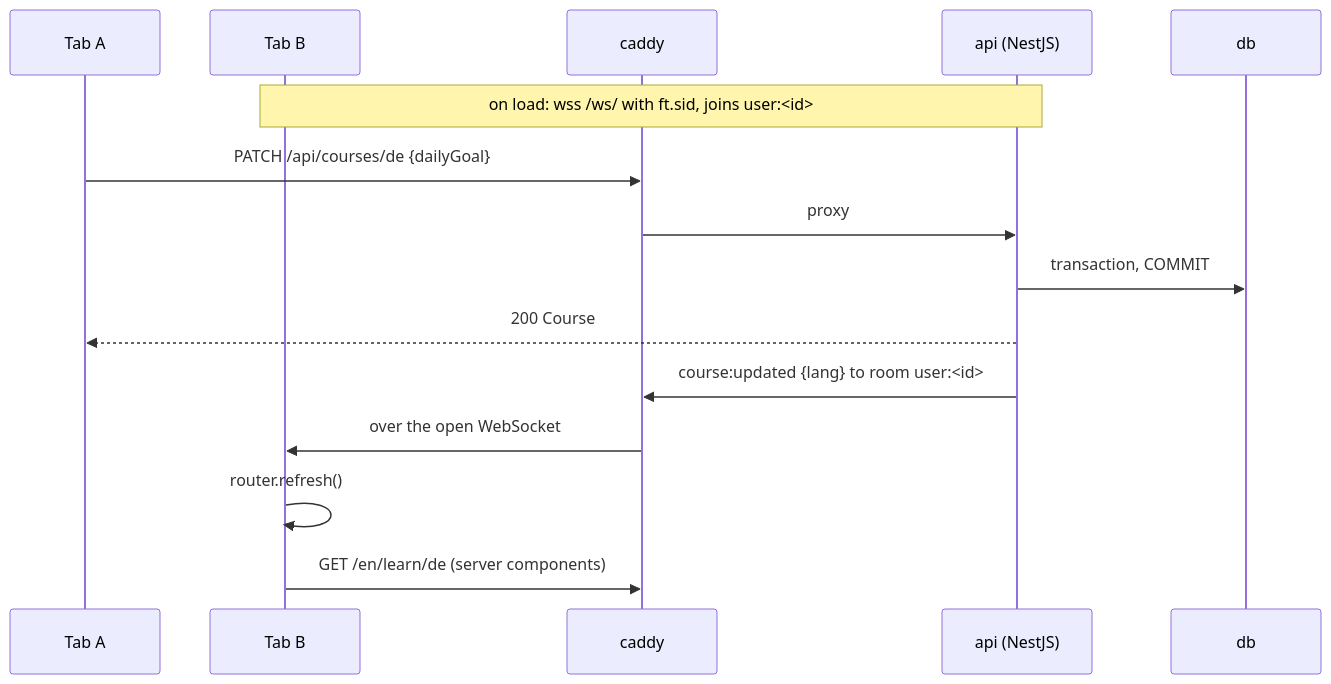
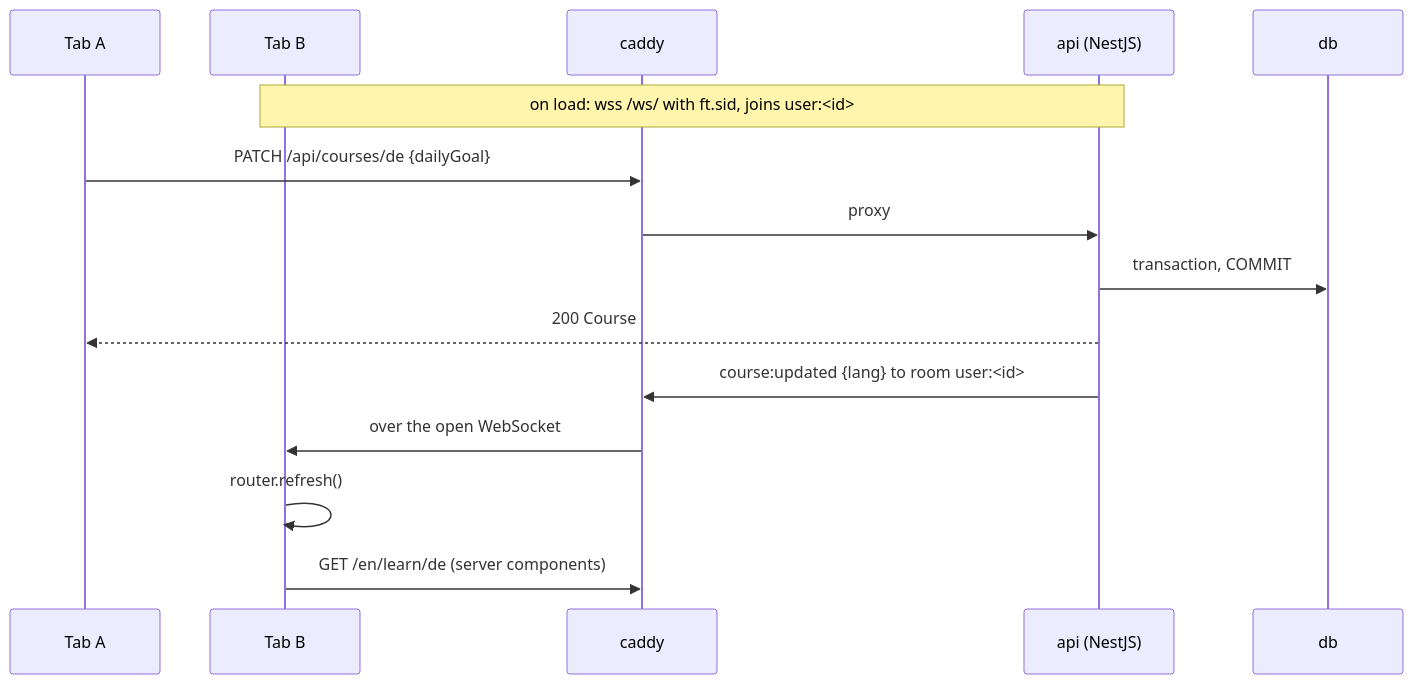
Before and after one commit to VictorBro/ft_transcendence: the first of 2 diagrams in docs/architecture/realtime.md, drawn with Mermaid. The commit also changed 86 other files, not shown here.

````diff
--- a/docs/architecture/realtime.md
+++ b/docs/architecture/realtime.md
@@ -114,18 +114,18 @@
 ```mermaid
 sequenceDiagram
     participant A as Tab A
     participant B as Tab B
     participant C as caddy
     participant N as api (NestJS)
     participant P as db
 
-    Note over B,N: on load: wss /ws/ with ft.sid, joins user:<id>
+    Note over B,N: on load: wss /ws/ with ft.sid, joins user:#lt;id#gt;
     A->>C: PATCH /api/courses/de {dailyGoal}
     C->>N: proxy
     N->>P: transaction, COMMIT
     N-->>A: 200 Course
-    N->>C: course:updated {lang} to room user:<id>
+    N->>C: course:updated {lang} to room user:#lt;id#gt;
     C->>B: over the open WebSocket
     B->>B: router.refresh()
     B->>C: GET /en/learn/de (server components)
 ```
````
